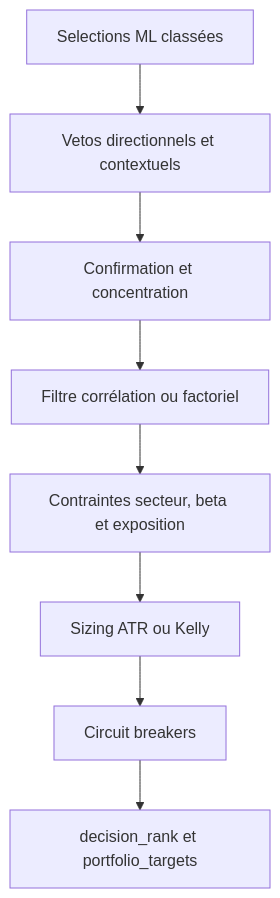
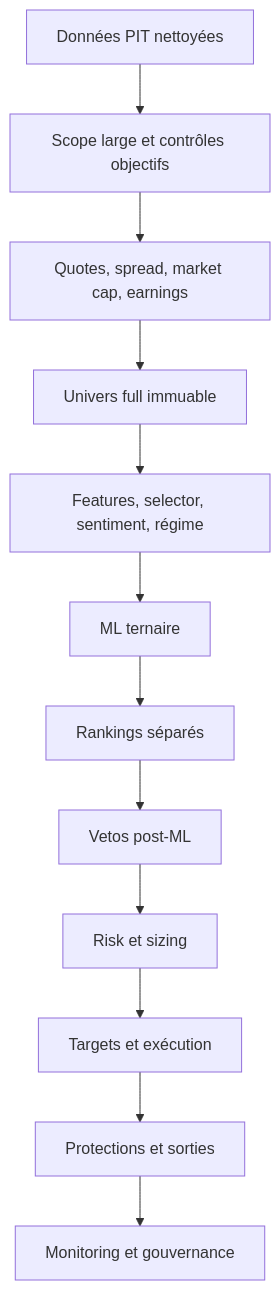
One commit to mli2000fr/alpha_trade changed the second of 4 diagrams in doc/synthese_long_short.md. Above: the diagram before and after it, drawn with Mermaid. The commit also changed other lines of this file and 1 other file, not shown here.

````diff
--- a/doc/synthese_long_short.md
+++ b/doc/synthese_long_short.md
@@ -233,10 +143,14 @@
 ```mermaid
 flowchart TD
-    A[Selections ML classées] --> B[Vetos directionnels et contextuels]
-    B --> C[Confirmation et concentration]
-    C --> D[Filtre corrélation ou factoriel]
-    D --> E[Contraintes secteur, beta et exposition]
-    E --> F[Sizing ATR ou Kelly]
-    F --> G[Circuit breakers]
-    G --> H[decision_rank et portfolio_targets]
+    A[Données PIT nettoyées] --> B[Scope large et contrôles objectifs]
+    B --> C[Quotes, spread, market cap, earnings]
+    C --> D[Univers full immuable]
+    D --> E[Features, selector, sentiment, régime]
+    E --> F[ML ternaire]
+    F --> G[Rankings séparés]
+    G --> H[Vetos post-ML]
+    H --> I[Risk et sizing]
+    I --> J[Targets et exécution]
+    J --> K[Protections et sorties]
+    K --> L[Monitoring et gouvernance]
 ```
````
